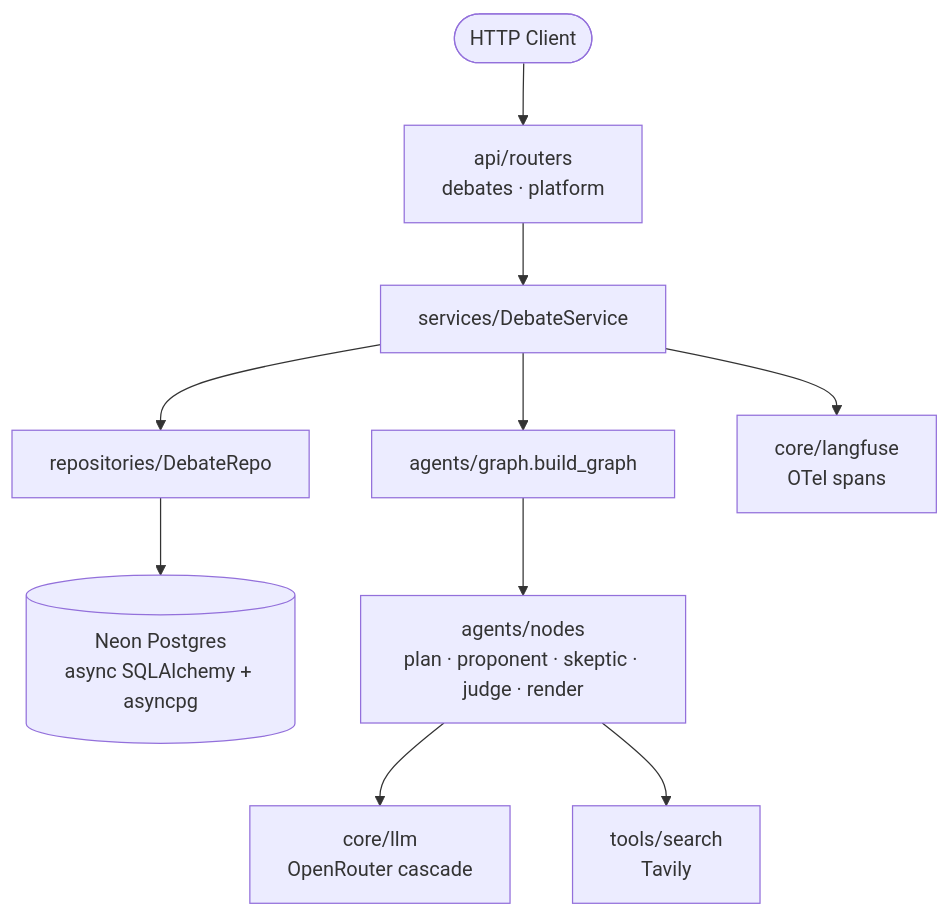
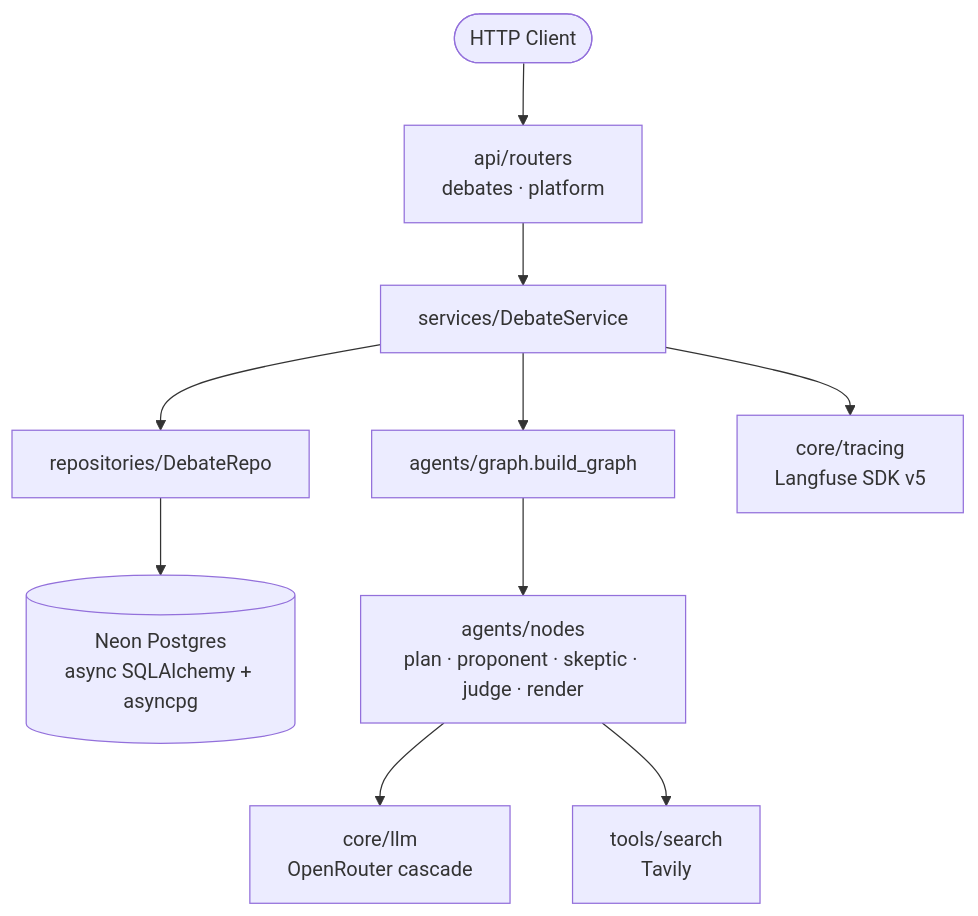
The second of 3 diagrams in README.md (Abdul-Muizz1310/paper-trail-backend), drawn with Mermaid before and after one commit. The commit also changed other lines of this file and 5 other files, not shown here.

````diff
--- a/README.md
+++ b/README.md
@@ -93,12 +93,12 @@
 ```mermaid
 flowchart TD
     Client([HTTP Client]) --> Routers[api/routers<br/>debates · platform]
     Routers --> Services[services/DebateService]
     Services --> Repos[repositories/DebateRepo]
     Services --> Graph[agents/graph.build_graph]
     Repos --> DB[(Neon Postgres<br/>async SQLAlchemy + asyncpg)]
     Graph --> Nodes[agents/nodes<br/>plan · proponent · skeptic · judge · render]
     Nodes --> LLM[core/llm<br/>OpenRouter cascade]
     Nodes --> Search[tools/search<br/>Tavily]
-    Services --> Tracing[core/langfuse<br/>OTel spans]
+    Services --> Tracing[core/tracing<br/>Langfuse SDK v5]
 ```
````
